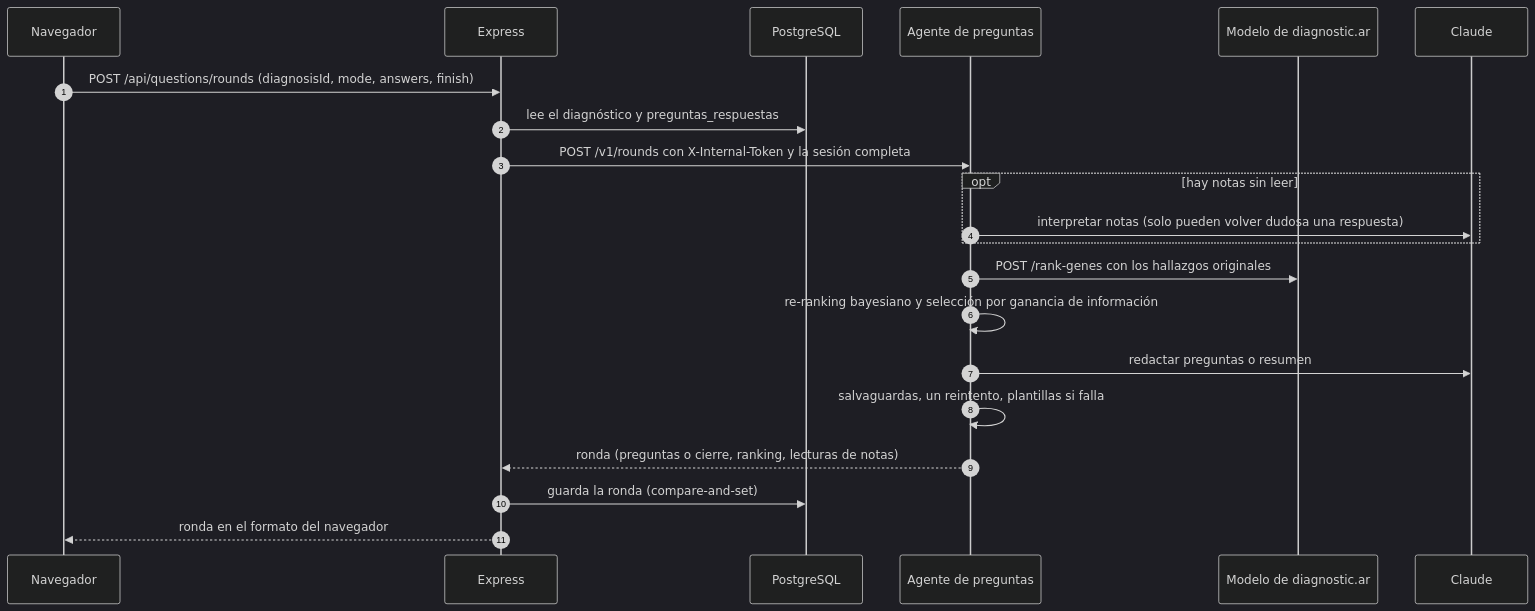
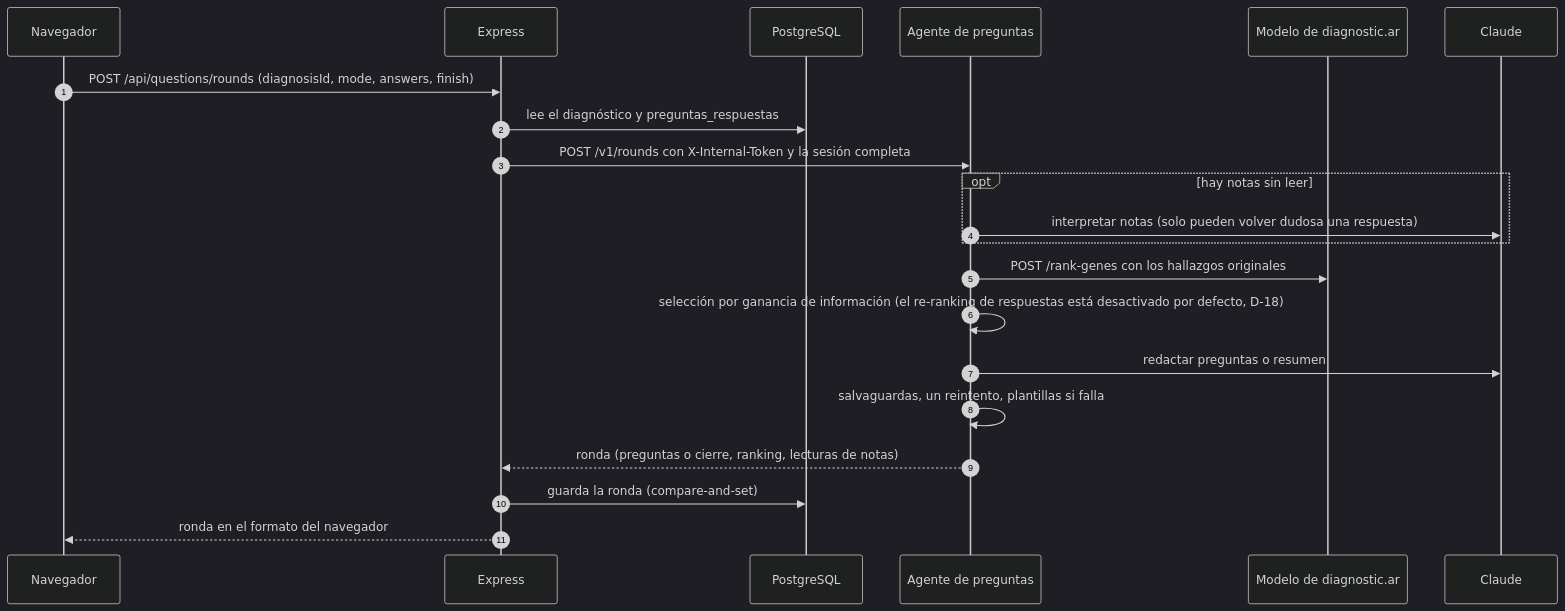
One commit to MarBL00126/diagnosticar-question-agent changed the diagram in README.md. Above: the diagram before and after it, drawn with Mermaid (dark theme). The commit also changed other lines of this file and 2 other files, not shown here.

````diff
--- a/README.md
+++ b/README.md
@@ -22,23 +27,23 @@
 ```mermaid
 sequenceDiagram
     autonumber
     participant N as Navegador
     participant E as Express
     participant DB as PostgreSQL
     participant A as Agente de preguntas
     participant M as Modelo de diagnostic.ar
     participant C as Claude
     N->>E: POST /api/questions/rounds (diagnosisId, mode, answers, finish)
     E->>DB: lee el diagnóstico y preguntas_respuestas
     E->>A: POST /v1/rounds con X-Internal-Token y la sesión completa
     opt hay notas sin leer
         A->>C: interpretar notas (solo pueden volver dudosa una respuesta)
     end
     A->>M: POST /rank-genes con los hallazgos originales
-    A->>A: re-ranking bayesiano y selección por ganancia de información
+    A->>A: selección por ganancia de información (el re-ranking de respuestas está desactivado por defecto, D-18)
     A->>C: redactar preguntas o resumen
     A->>A: salvaguardas, un reintento, plantillas si falla
     A-->>E: ronda (preguntas o cierre, ranking, lecturas de notas)
     E->>DB: guarda la ronda (compare-and-set)
     E-->>N: ronda en el formato del navegador
 ```
````
